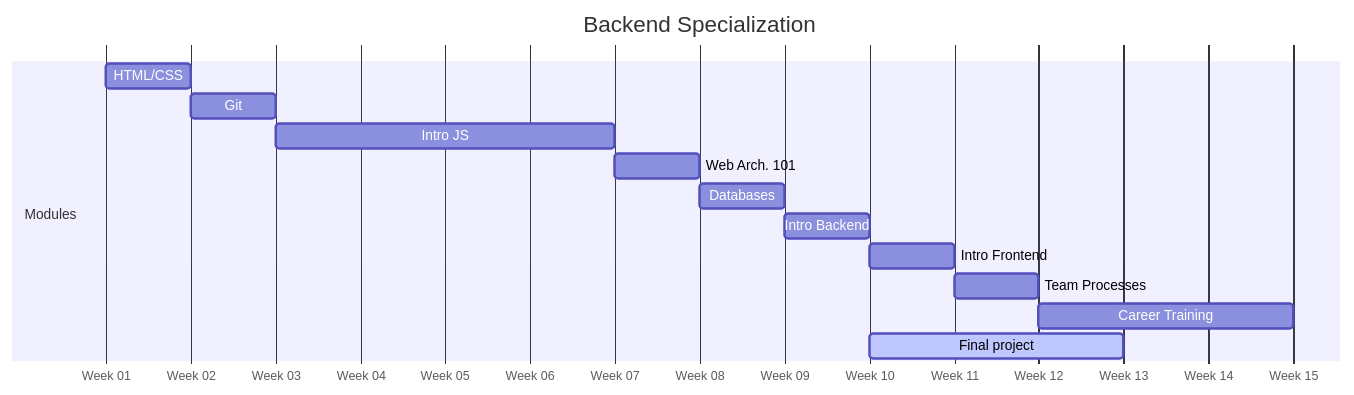
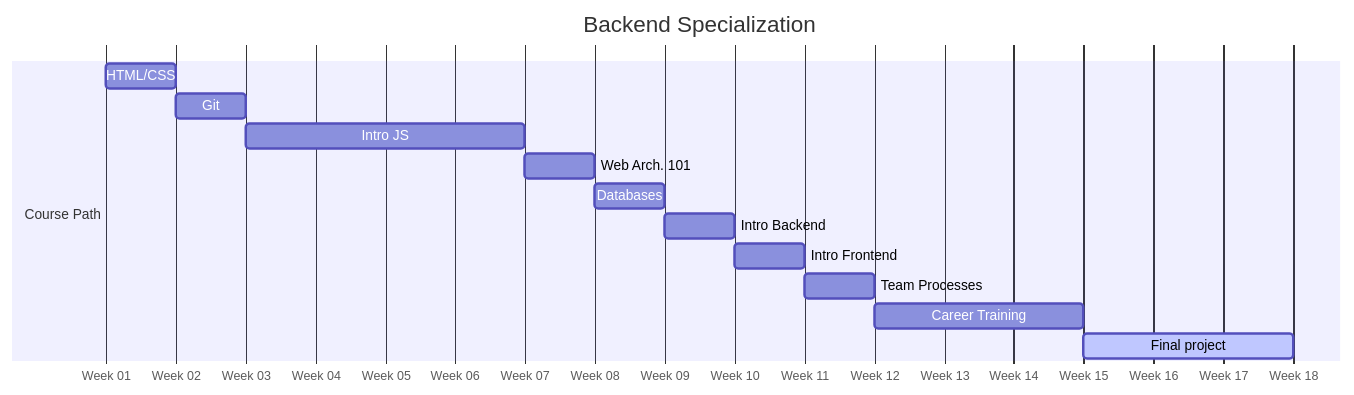
Before and after one commit to HackYourFuture-CPH/program: the diagram in courses/Foundation/README.md, drawn with Mermaid. The commit also changed 2 other files, not shown here.

````diff
--- a/courses/Foundation/README.md
+++ b/courses/Foundation/README.md
@@ -8,18 +8,18 @@
 ```mermaid
 gantt
     title Backend Specialization
     dateFormat  YYYY-MM-DD
     axisFormat  Week %U
 
-    section Modules
+    section Course Path
     HTML/CSS            :a1, 2025-01-05, 1w
     Git                 :a2, after a1, 1w
     Intro JS            :a3, after a2, 4w
     Web Arch. 101       :a4, after a3, 1w
     Databases           :a5, after a4, 1w
     Intro Backend       :a6, after a5, 1w
     Intro Frontend      :a7, after a6, 1w
     Team Processes      :a8, after a7, 1w
     Career Training     :a9, after a8, 3w
-    Final project       :active, a10, after a6, 3w
+    Final project       :active, a10, after a9, 3w
 ```
````
